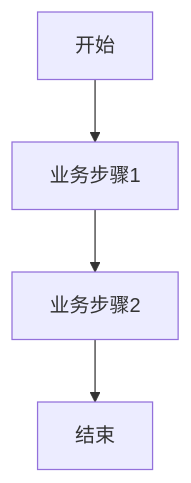
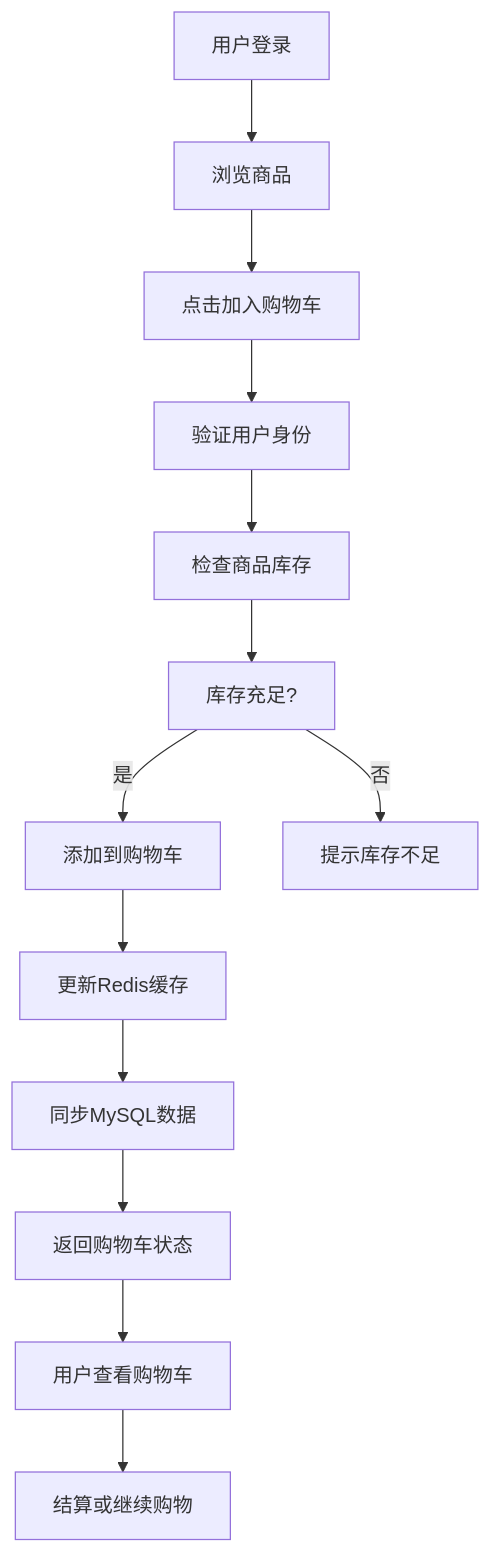
One commit to HaoranTong/ecommerce_platform changed the diagram in docs/modules/shopping-cart/requirements.md. Above: the diagram before and after it, drawn with Mermaid. The commit also changed other lines of this file and 10 other files, not shown here.

````diff
--- a/docs/modules/shopping-cart/requirements.md
+++ b/docs/modules/shopping-cart/requirements.md
@@ -96,6 +136,15 @@
 ```mermaid
 graph TD
-    A[开始] --> B[业务步骤1]
-    B --> C[业务步骤2]
-    C --> D[结束]
+    A[用户登录] --> B[浏览商品]
+    B --> C[点击加入购物车]
+    C --> D[验证用户身份]
+    D --> E[检查商品库存]
+    E --> F[库存充足?]
+    F -->|是| G[添加到购物车]
+    F -->|否| H[提示库存不足]
+    G --> I[更新Redis缓存]
+    I --> J[同步MySQL数据]
+    J --> K[返回购物车状态]
+    K --> L[用户查看购物车]
+    L --> M[结算或继续购物]
 ```
````
